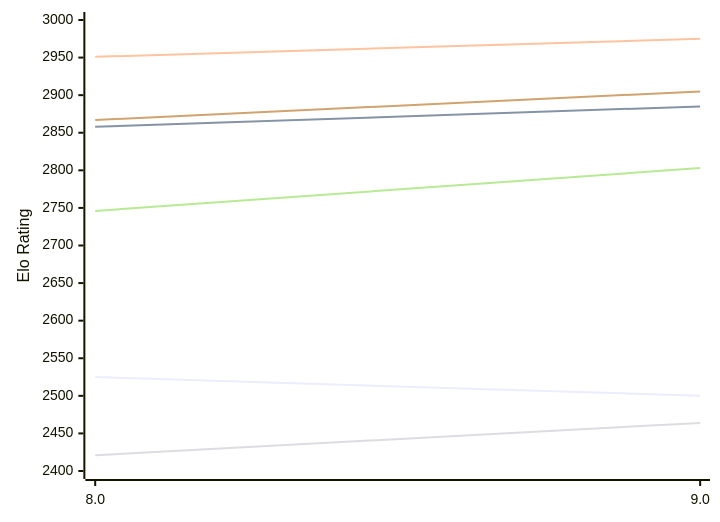
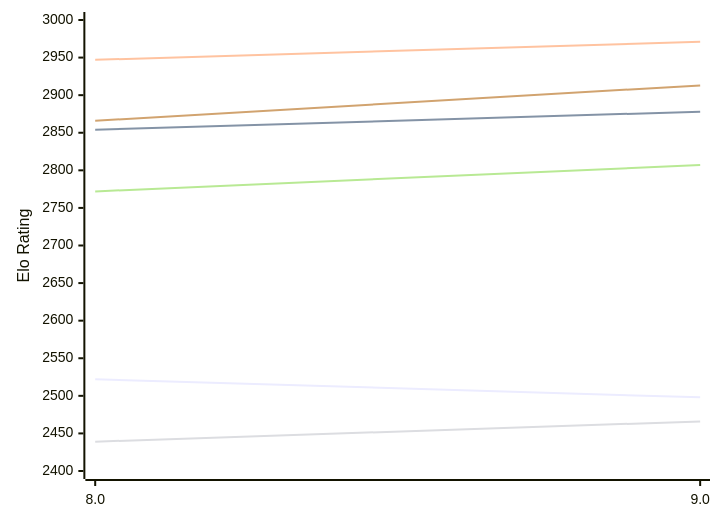
Before and after one commit to computer-chess-index/cci: the first of 2 diagrams in engines/4kc.md, drawn with Mermaid. The commit also changed other lines of this file, not shown here.

Commit message:
Update CCI Ratings (ELO VLTC) - 2026-11-21

````diff
--- a/engines/4kc.md
+++ b/engines/4kc.md
@@ -51,12 +51,12 @@
 ```mermaid
 %%{init: {"theme":"base","themeVariables":{"seriesColors:['#a3a3a3','#222221','#faa371']}}}%%
 xychart-beta
   x-axis ["8.0", "9.0"]
   y-axis "Elo Rating" 2400 --> 3000
-  line "E1: STC (8.0+0.08s)" [2525, 2500]
-  line "E1: LTC (60.0+0.60s)" [2858, 2885]
-  line "E1: VLTC (2m24s+1.12s)" [2951, 2975]
-  line "P1: STC (8.0+0.08s)" [2421, 2464]
-  line "P1: LTC (60.0+0.60s)" [2746, 2803]
-  line "P1: VLTC (2m24s+1.12s)" [2867, 2905]
+  line "E1: STC (8.0+0.08s)" [2522, 2498]
+  line "E1: LTC (60.0+0.60s)" [2854, 2878]
+  line "E1: VLTC (2m24s+1.12s)" [2947, 2971]
+  line "P1: STC (8.0+0.08s)" [2439, 2466]
+  line "P1: LTC (60.0+0.60s)" [2772, 2807]
+  line "P1: VLTC (2m24s+1.12s)" [2866, 2913]
 ```
````
